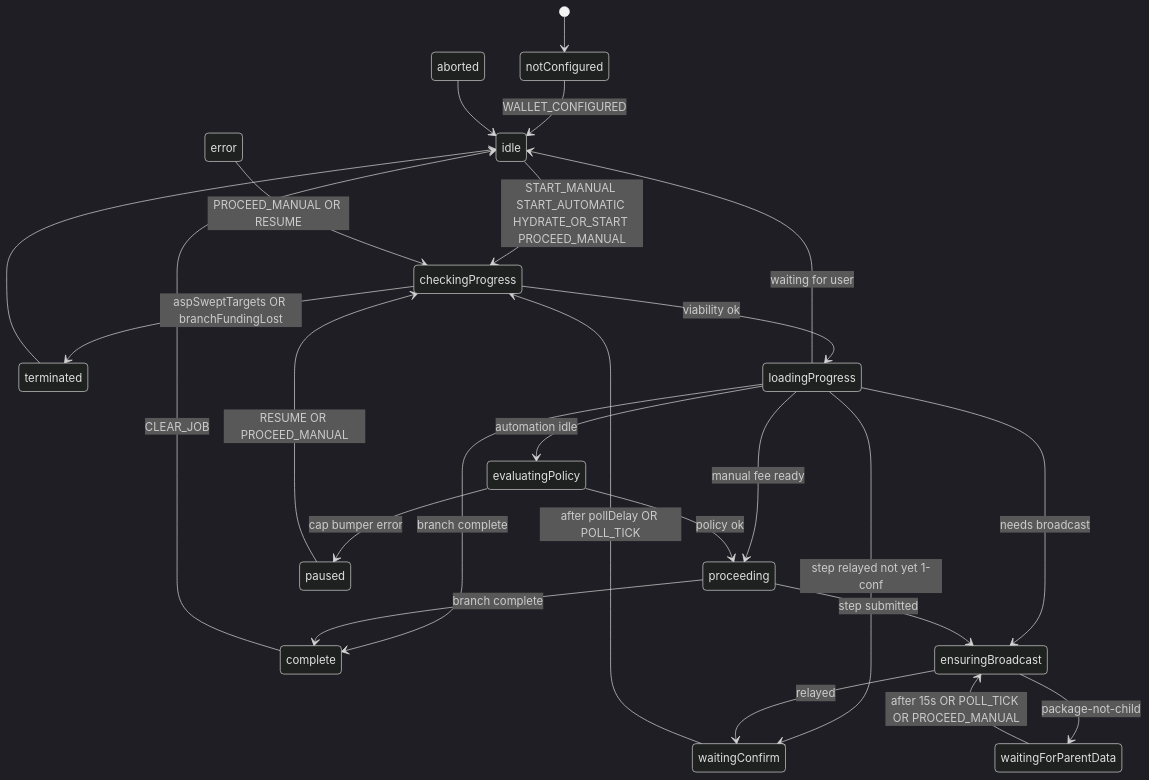
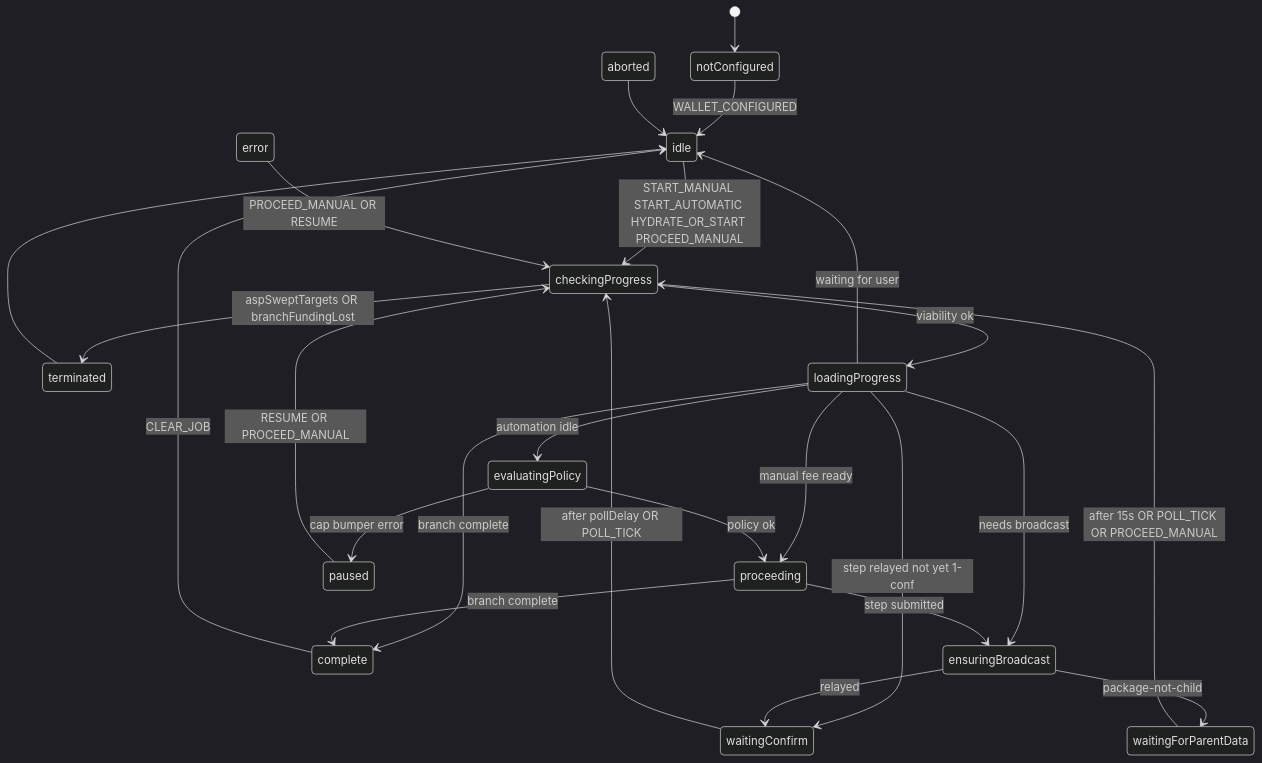
Before and after one commit to Radivis/bitboard-pwa-wallet: the first of 2 diagrams in docs/unilateral-exit.md, drawn with Mermaid (dark theme). The commit also changed other lines of this file and 9 other files, not shown here.

Commit message:
Improved documentation for waitingForParentData state

````diff
--- a/docs/unilateral-exit.md
+++ b/docs/unilateral-exit.md
@@ -145,27 +162,27 @@
 ```mermaid
 stateDiagram-v2
   [*] --> notConfigured
   notConfigured --> idle: WALLET_CONFIGURED
   idle --> checkingProgress: START_MANUAL START_AUTOMATIC HYDRATE_OR_START PROCEED_MANUAL
   checkingProgress --> terminated: aspSweptTargets OR branchFundingLost
   checkingProgress --> loadingProgress: viability ok
   loadingProgress --> complete: branch complete
   loadingProgress --> ensuringBroadcast: needs broadcast
   loadingProgress --> waitingConfirm: step relayed not yet 1-conf
   loadingProgress --> evaluatingPolicy: automation idle
   loadingProgress --> proceeding: manual fee ready
   loadingProgress --> idle: waiting for user
   evaluatingPolicy --> paused: cap bumper error
   evaluatingPolicy --> proceeding: policy ok
   proceeding --> complete: branch complete
   proceeding --> ensuringBroadcast: step submitted
   ensuringBroadcast --> waitingConfirm: relayed
   ensuringBroadcast --> waitingForParentData: package-not-child
   waitingConfirm --> checkingProgress: after pollDelay OR POLL_TICK
-  waitingForParentData --> ensuringBroadcast: after 15s OR POLL_TICK OR PROCEED_MANUAL
+  waitingForParentData --> checkingProgress: after 15s OR POLL_TICK OR PROCEED_MANUAL
   paused --> checkingProgress: RESUME OR PROCEED_MANUAL
   complete --> idle: CLEAR_JOB
   terminated --> idle
   aborted --> idle
   error --> checkingProgress: PROCEED_MANUAL OR RESUME
 ```
````
